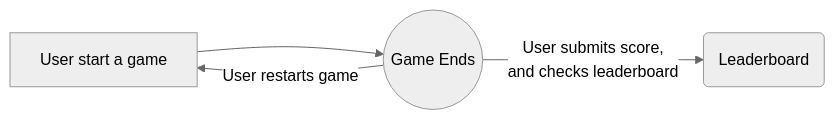
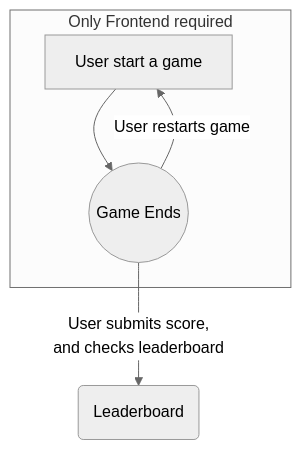
Before and after one commit to tiggercwh/catcher: the diagram in README.md, drawn with Mermaid (neutral theme). The commit also changed other lines of this file, not shown here.

Commit message:
feat: update mermaid graph

````diff
--- a/README.md
+++ b/README.md
@@ -33,6 +33,8 @@
 ```mermaid
-graph LR
-A[User start a game]  --> B((Game Ends))
-B -- User restarts game --> A
-B -- User submits score, <br/> and checks leaderboard --> C(Leaderboard)
+graph TB
+    A[User start a game]  --> B((Game Ends))
+    subgraph Only Frontend required
+    B -- User restarts game --> A
+    end
+    B -- User submits score, <br/> and checks leaderboard--> C(Leaderboard)
 ```
````
